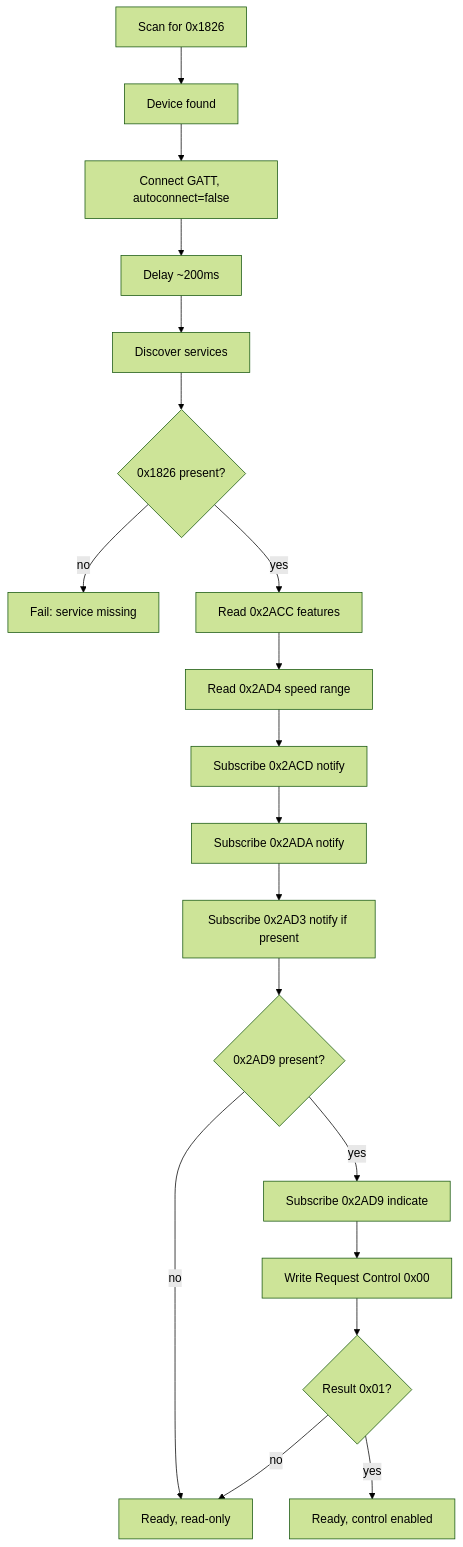
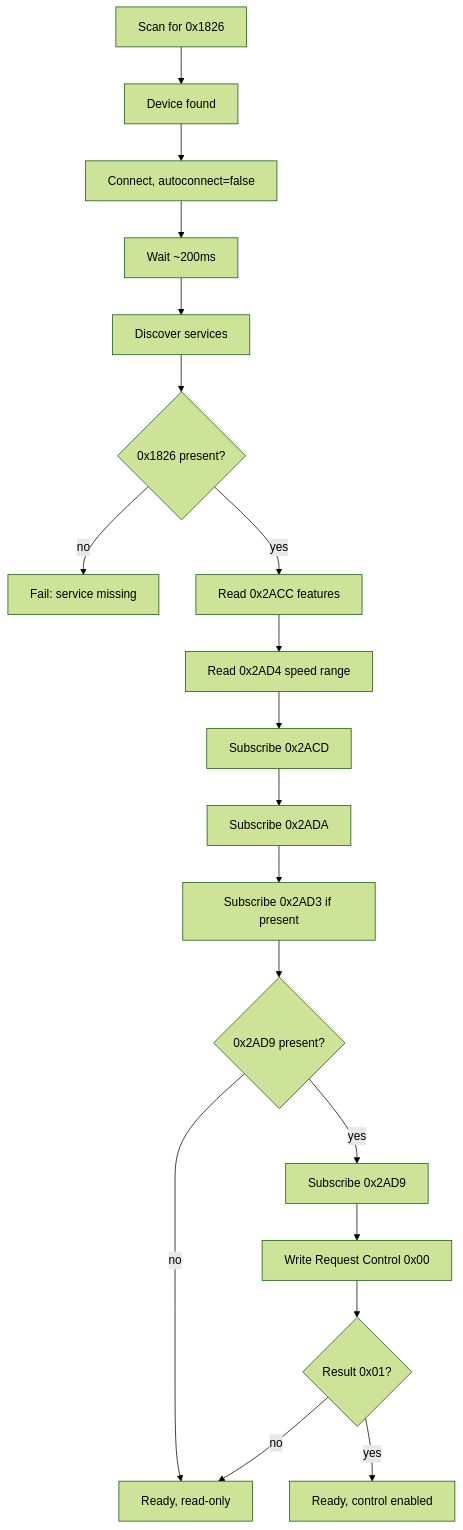
Before and after one commit to Dyastinn/mobile-threadmill-plan: the first of 2 diagrams in phases/phase-02-connection-hardening/README.md, drawn with Mermaid (forest theme). The commit also changed other lines of this file and 26 other files, not shown here.

````diff
--- a/phases/phase-02-connection-hardening/README.md
+++ b/phases/phase-02-connection-hardening/README.md
@@ -132,21 +75,21 @@
 ```mermaid
 flowchart TD
     A[Scan for 0x1826] --> B[Device found]
-    B --> C[Connect GATT, autoconnect=false]
-    C --> D[Delay ~200ms]
+    B --> C[Connect, autoconnect=false]
+    C --> D[Wait ~200ms]
     D --> E[Discover services]
     E --> F{0x1826 present?}
     F -->|no| X[Fail: service missing]
     F -->|yes| G[Read 0x2ACC features]
     G --> H[Read 0x2AD4 speed range]
-    H --> I[Subscribe 0x2ACD notify]
-    I --> J[Subscribe 0x2ADA notify]
-    J --> K[Subscribe 0x2AD3 notify if present]
+    H --> I[Subscribe 0x2ACD]
+    I --> J[Subscribe 0x2ADA]
+    J --> K[Subscribe 0x2AD3 if present]
     K --> L{0x2AD9 present?}
     L -->|no| N[Ready, read-only]
-    L -->|yes| M[Subscribe 0x2AD9 indicate]
+    L -->|yes| M[Subscribe 0x2AD9]
     M --> O[Write Request Control 0x00]
     O --> P{Result 0x01?}
     P -->|yes| Q[Ready, control enabled]
     P -->|no| N
 ```
````
